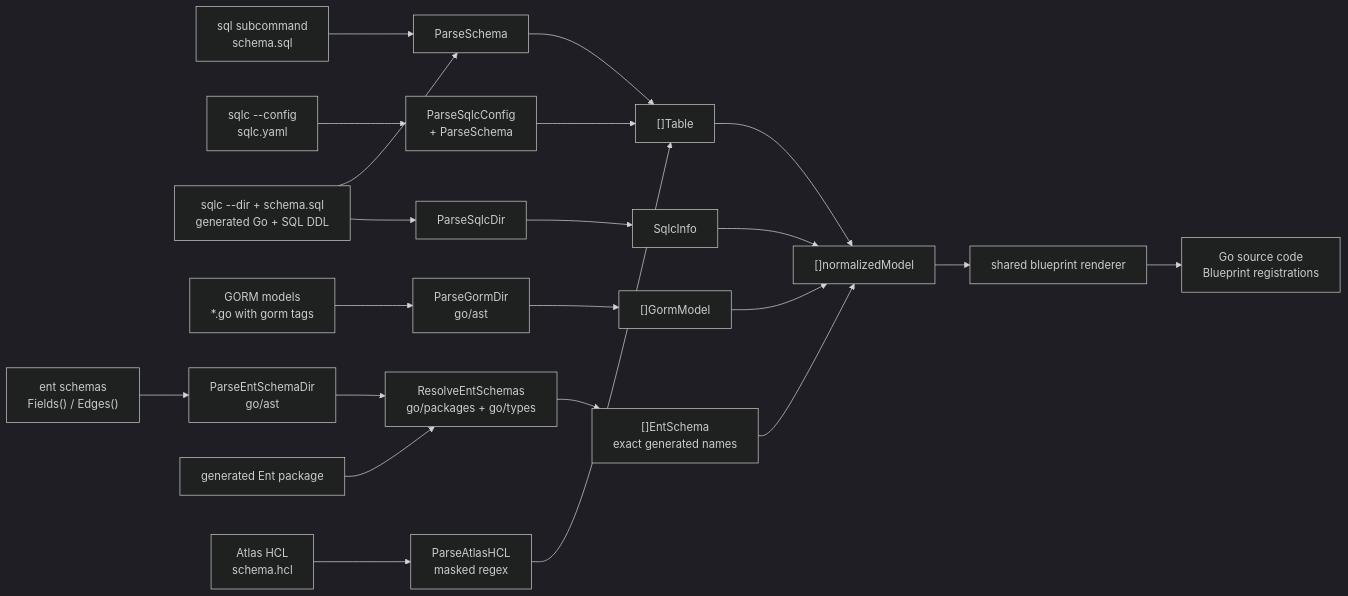
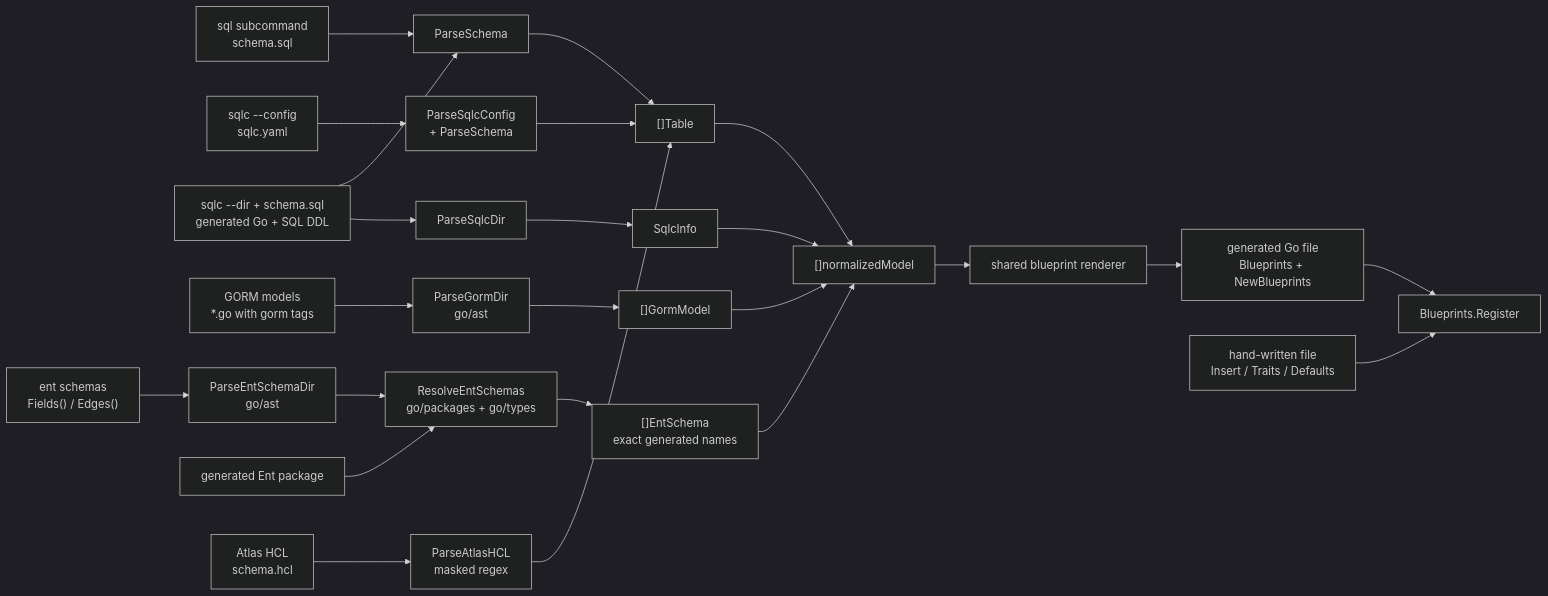
One commit to mhiro2/seedling changed the fourth of 4 diagrams in ARCHITECTURE.md. Above: the diagram before and after it, drawn with Mermaid (dark theme). The commit also changed other lines of this file and 5 other files, not shown here.

First line of the commit message:
docs: describe the generated and hand-written blueprint split

````diff
--- a/ARCHITECTURE.md
+++ b/ARCHITECTURE.md
@@ -160,28 +160,30 @@
 ```mermaid
 flowchart LR
     SQL["sql subcommand<br/>schema.sql"] --> Parse["ParseSchema"]
     SQLCConfig["sqlc --config<br/>sqlc.yaml"] --> ParseC["ParseSqlcConfig<br/>+ ParseSchema"]
     SQLCManual["sqlc --dir + schema.sql<br/>generated Go + SQL DDL"] --> Parse
     SQLCManual --> ParseSqlc["ParseSqlcDir"]
     GORM["GORM models<br/>*.go with gorm tags"] --> ParseG["ParseGormDir<br/>go/ast"]
     ENT["ent schemas<br/>Fields() / Edges()"] --> ParseE["ParseEntSchemaDir<br/>go/ast"]
     ENTPKG["generated Ent package"] --> ResolveE["ResolveEntSchemas<br/>go/packages + go/types"]
     ATLAS["Atlas HCL<br/>schema.hcl"] --> ParseA["ParseAtlasHCL<br/>masked regex"]
 
     Parse --> T["[]Table"]
     ParseC --> T
     ParseA --> T
 
     ParseG --> GM["[]GormModel"]
     ParseE --> ResolveE
     ResolveE --> ES["[]EntSchema<br/>exact generated names"]
     ParseSqlc --> SQLC["SqlcInfo"]
 
     T --> IR["[]normalizedModel"]
     GM --> IR
     ES --> IR
     SQLC --> IR
 
     IR --> Render["shared blueprint renderer"]
-    Render --> Out["Go source code<br/>Blueprint registrations"]
+    Render --> Out["generated Go file<br/>Blueprints + NewBlueprints"]
+    Hand["hand-written file<br/>Insert / Traits / Defaults"] --> Reg["Blueprints.Register"]
+    Out --> Reg
 ```
````
